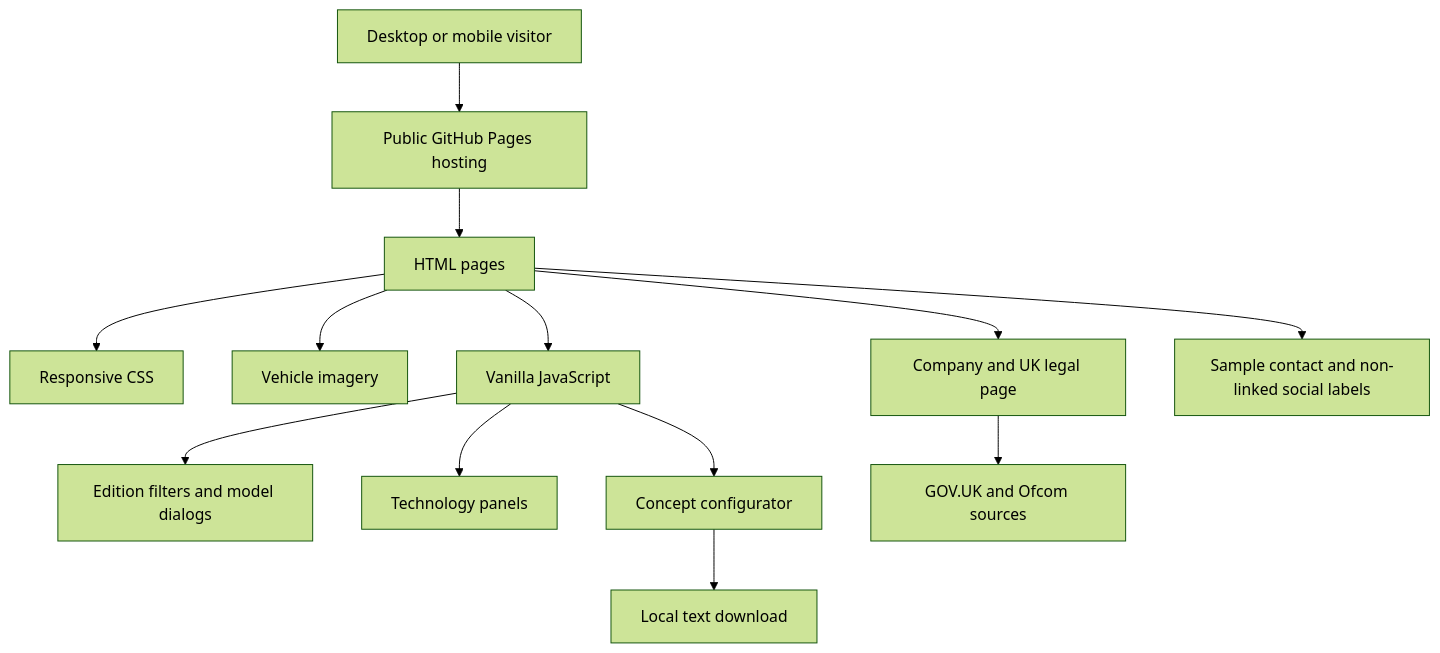
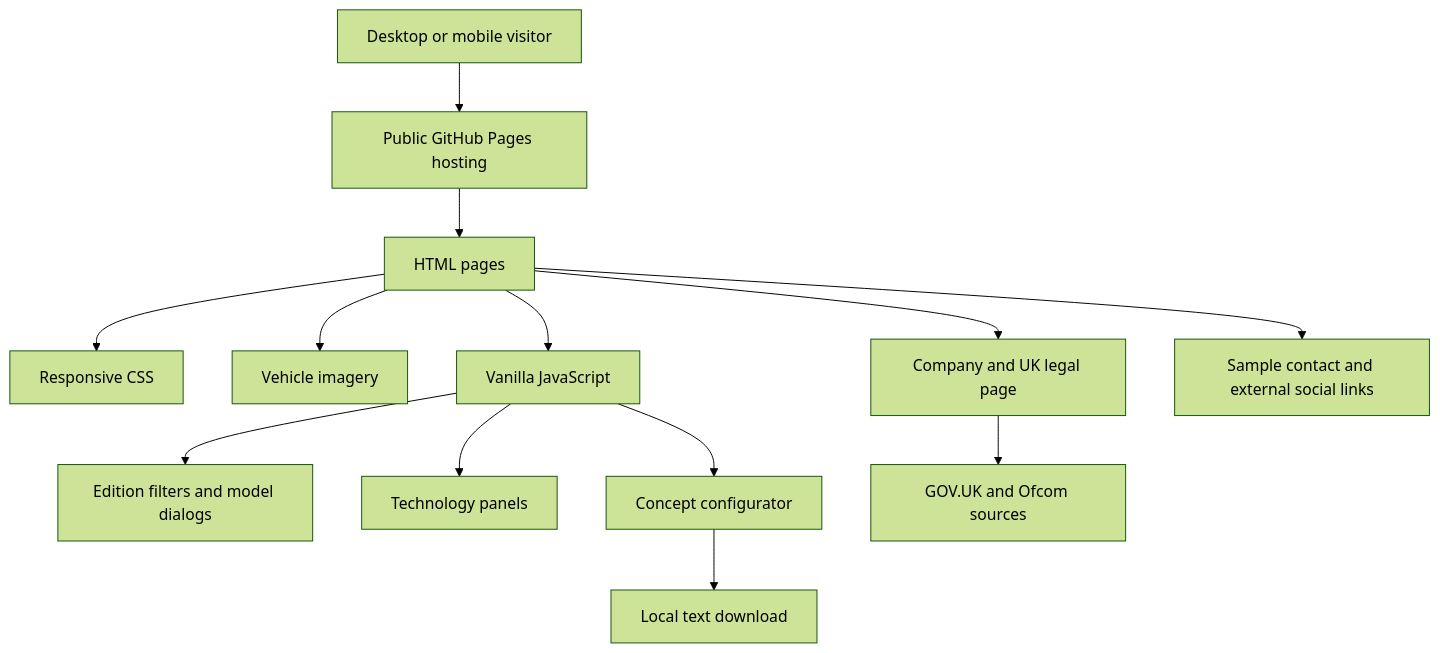
The first of 4 diagrams in docs/architecture.md (Rajakokila-P/britannia-aether-showroom), drawn with Mermaid (forest theme) before and after one commit. The commit also changed 6 other files, not shown here.

````diff
--- a/docs/architecture.md
+++ b/docs/architecture.md
@@ -5,15 +5,15 @@
 ```mermaid
 flowchart TD
   Visitor[Desktop or mobile visitor] --> Hosting[Public GitHub Pages hosting]
   Hosting --> HTML[HTML pages]
   HTML --> CSS[Responsive CSS]
   HTML --> Images[Vehicle imagery]
   HTML --> JS[Vanilla JavaScript]
   JS --> Filters[Edition filters and model dialogs]
   JS --> Panels[Technology panels]
   JS --> Config[Concept configurator]
   Config --> Download[Local text download]
   HTML --> Legal[Company and UK legal page]
   Legal --> Sources[GOV.UK and Ofcom sources]
-  HTML --> Contact[Sample contact and non-linked social labels]
+  HTML --> Contact[Sample contact and external social links]
 ```
````
